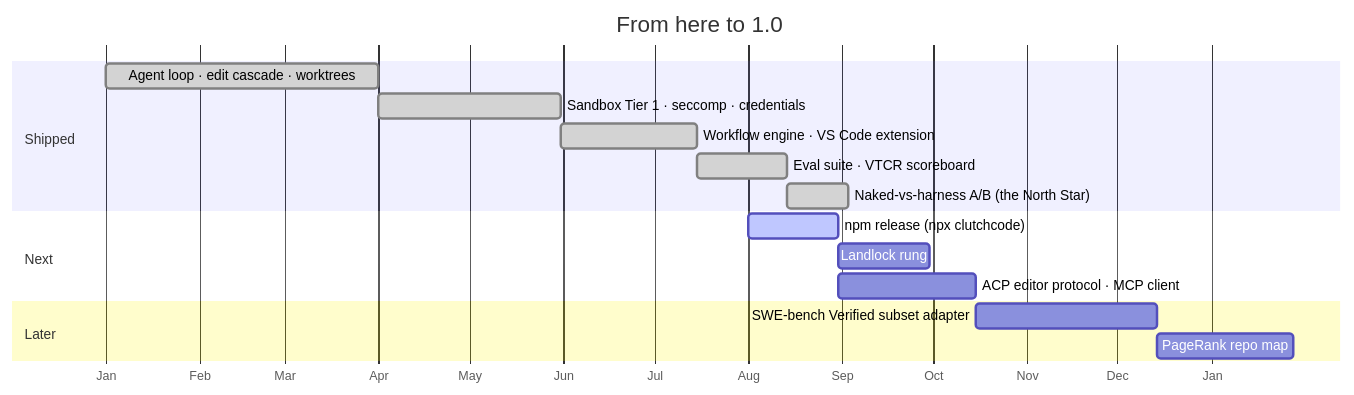
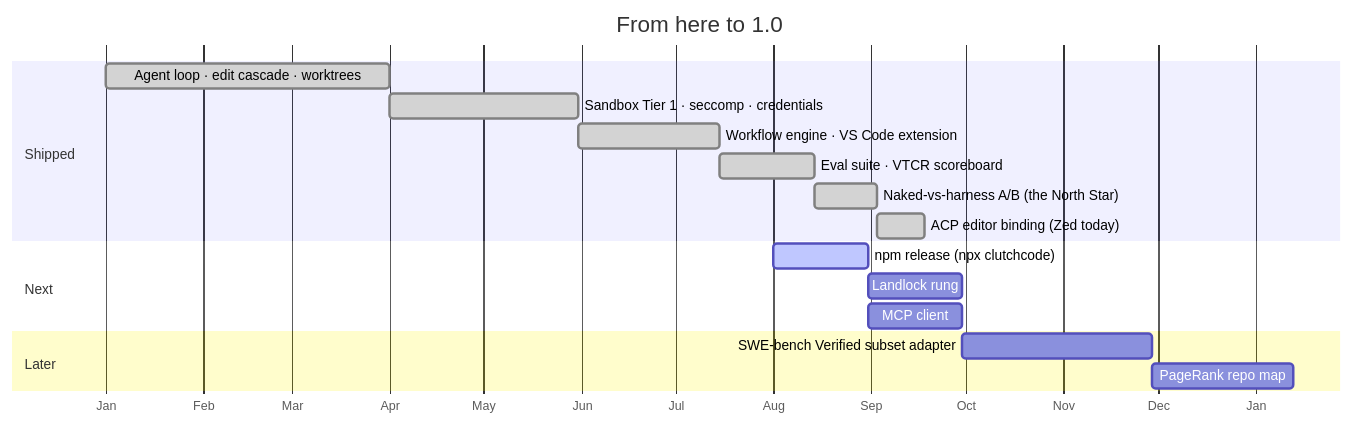
One commit to Derric01/ClutchCode changed the third of 3 diagrams in README.md. Above: the diagram before and after it, drawn with Mermaid. The commit also changed other lines of this file and 20 other files, not shown here.

````diff
--- a/README.md
+++ b/README.md
@@ -316,19 +320,20 @@
 ```mermaid
 gantt
     dateFormat YYYY-MM-DD
     axisFormat %b
     title From here to 1.0
     section Shipped
         Agent loop · edit cascade · worktrees   :done, a1, 2026-01-01, 90d
         Sandbox Tier 1 · seccomp · credentials  :done, a2, after a1, 60d
         Workflow engine · VS Code extension      :done, a3, after a2, 45d
         Eval suite · VTCR scoreboard             :done, a4, after a3, 30d
         Naked-vs-harness A/B (the North Star)    :done, a5, after a4, 20d
+        ACP editor binding (Zed today)            :done, a6, after a5, 15d
     section Next
         npm release (npx clutchcode)            :active, b1, 2026-08-01, 30d
         Landlock rung                           :b3, after b1, 30d
-        ACP editor protocol · MCP client         :b4, after b1, 45d
+        MCP client                               :b4, after b1, 30d
     section Later
         SWE-bench Verified subset adapter       :c1, after b4, 60d
         PageRank repo map                       :c2, after c1, 45d
 ```
````
